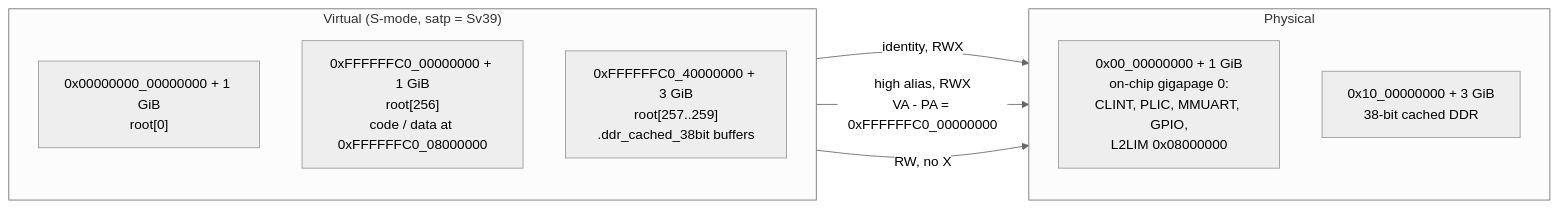
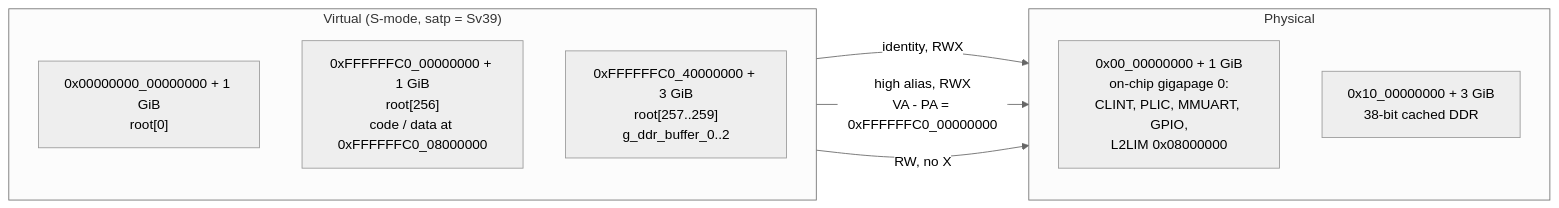
Before and after one commit to InuyashaITB/mpfs-freertos-smode: the eighth of 12 diagrams in docs/boot-to-smode.md, drawn with Mermaid (neutral theme). The commit also changed other lines of this file and 4 other files, not shown here.

First line of the commit message:
Define the DDR buffers as linker symbols, not a NOLOAD section

````diff
--- a/docs/boot-to-smode.md
+++ b/docs/boot-to-smode.md
@@ -312,17 +312,17 @@
 ```mermaid
 flowchart LR
     subgraph VA ["Virtual (S-mode, satp = Sv39)"]
         direction TB
         V0["0x00000000_00000000 + 1 GiB<br/>root[0]"]
         V1["0xFFFFFFC0_00000000 + 1 GiB<br/>root[256]<br/>code / data at 0xFFFFFFC0_08000000"]
-        V2["0xFFFFFFC0_40000000 + 3 GiB<br/>root[257..259]<br/>.ddr_cached_38bit buffers"]
+        V2["0xFFFFFFC0_40000000 + 3 GiB<br/>root[257..259]<br/>g_ddr_buffer_0..2"]
     end
     subgraph PA ["Physical"]
         direction TB
         P0["0x00_00000000 + 1 GiB<br/>on-chip gigapage 0:<br/>CLINT, PLIC, MMUART, GPIO,<br/>L2LIM 0x08000000"]
         P2["0x10_00000000 + 3 GiB<br/>38-bit cached DDR"]
     end
     V0 -->|"identity, RWX"| P0
     V1 -->|"high alias, RWX<br/>VA - PA = 0xFFFFFFC0_00000000"| P0
     V2 -->|"RW, no X"| P2
 ```
````
